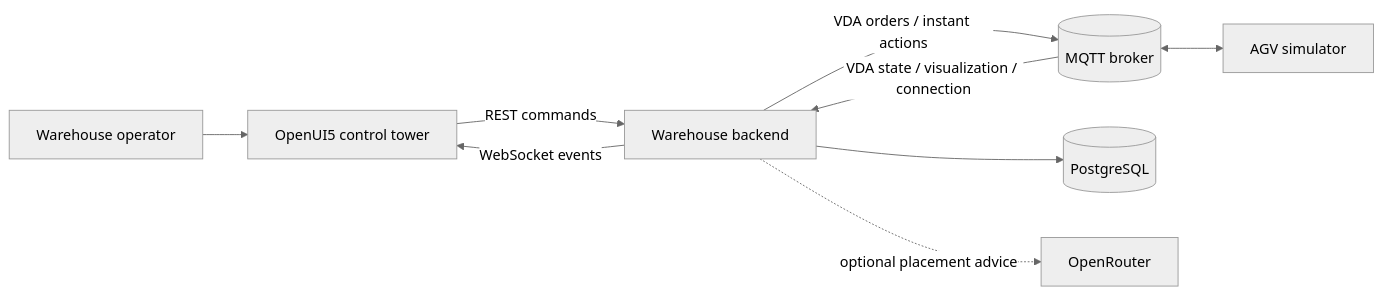
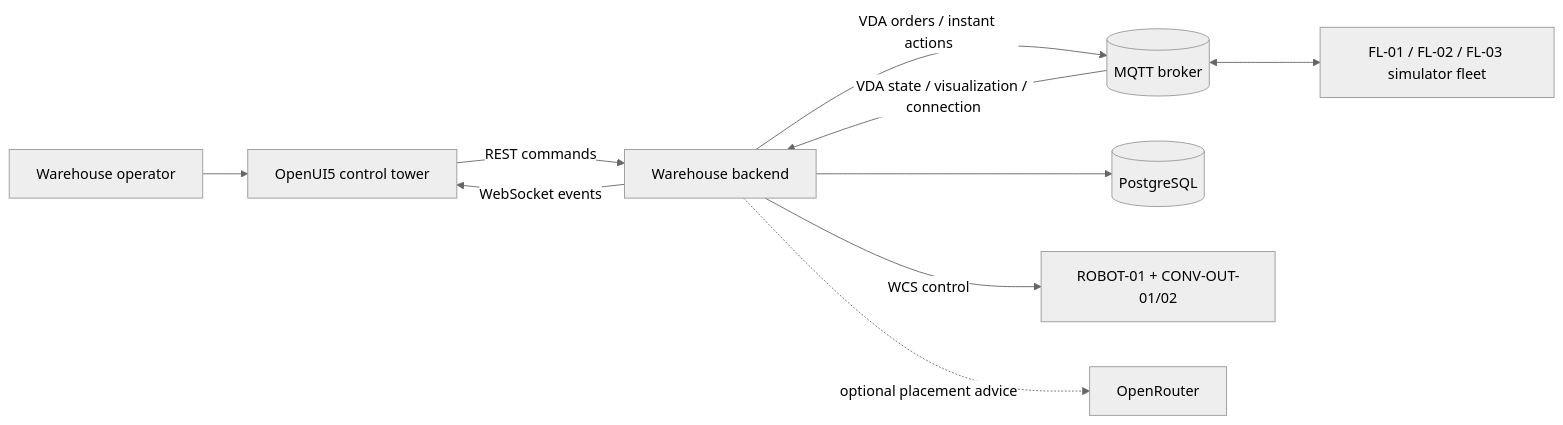
Before and after one commit to krisshkodrani/wharehouse-visualiser: the first of 2 diagrams in docs/ARCHITECTURE.md, drawn with Mermaid (neutral theme). The commit also changed other lines of this file and 5 other files, not shown here.

Commit message:
feat(visualization): model robotic cell and fleet stations

````diff
--- a/docs/ARCHITECTURE.md
+++ b/docs/ARCHITECTURE.md
@@ -5,11 +5,12 @@
 ```mermaid
 flowchart LR
   Operator[Warehouse operator] --> UI[OpenUI5 control tower]
   UI -->|REST commands| Backend[Warehouse backend]
   Backend -->|WebSocket events| UI
   Backend -->|VDA orders / instant actions| MQTT[(MQTT broker)]
   MQTT -->|VDA state / visualization / connection| Backend
-  MQTT <--> Simulator[AGV simulator]
+  MQTT <--> Fleet[FL-01 / FL-02 / FL-03 simulator fleet]
   Backend --> DB[(PostgreSQL)]
+  Backend -->|WCS control| Cell[ROBOT-01 + CONV-OUT-01/02]
   Backend -. optional placement advice .-> AI[OpenRouter]
 ```
````
